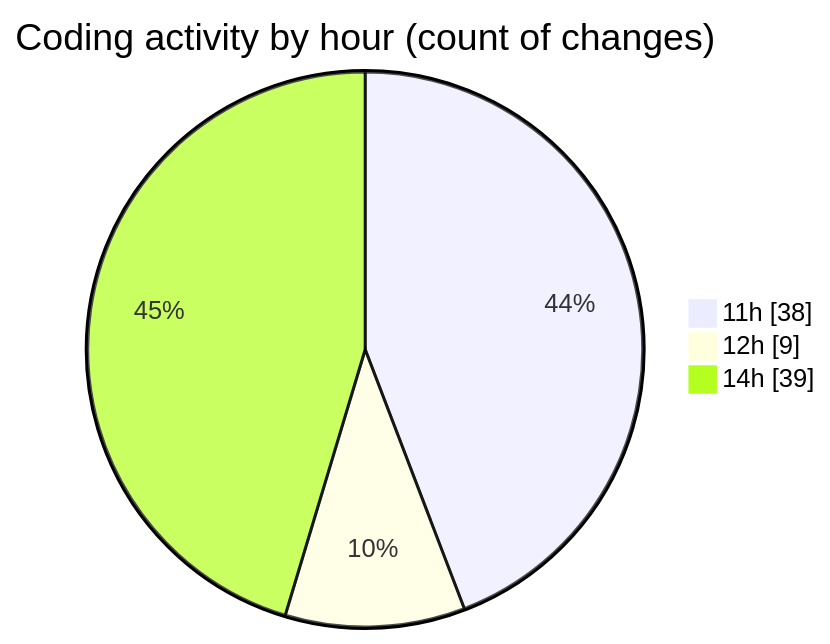
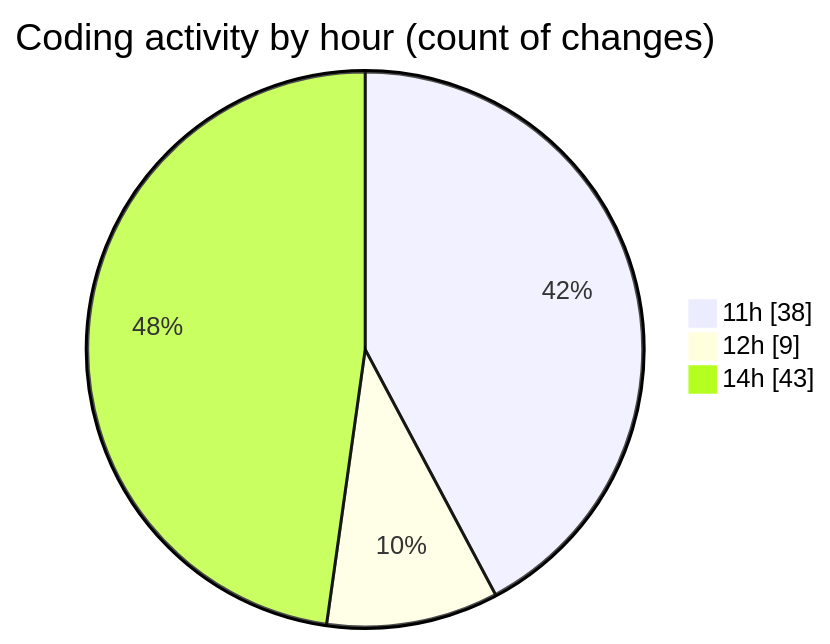
The second of 2 diagrams in 2026-03-19/commonwealth-front-end-task/README.md (momahboobian/code-tracking), drawn with Mermaid before and after one commit. The commit also changed other lines of this file and 1 other file, not shown here.

````diff
--- a/2026-03-19/commonwealth-front-end-task/README.md
+++ b/2026-03-19/commonwealth-front-end-task/README.md
@@ -51,7 +51,7 @@
 ```mermaid
 pie showData
 title Coding activity by hour (count of changes)
 "11h" : 38
 "12h" : 9
-"14h" : 39
+"14h" : 43
 ```
````
